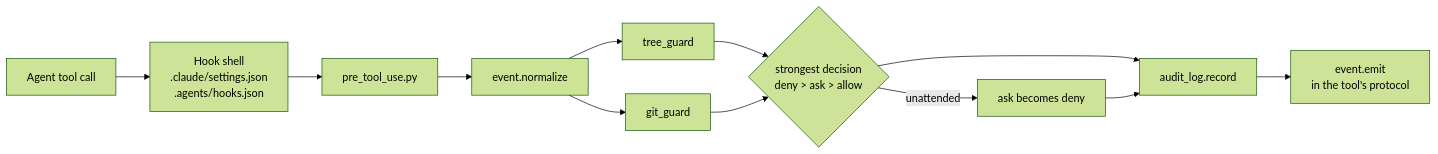
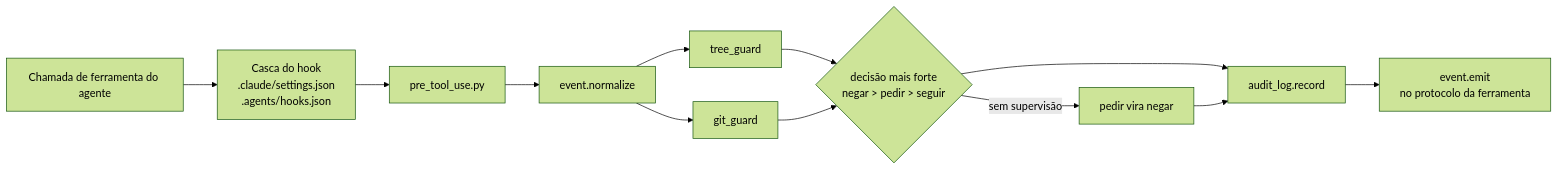
One commit to ddmdros/agent-harness changed the diagram in README.md. Above: the diagram before and after it, drawn with Mermaid (forest theme). The commit also changed other lines of this file and 6 other files, not shown here.

````diff
--- a/README.md
+++ b/README.md
@@ -42,14 +44,14 @@
 ```mermaid
 flowchart LR
-    A[Agent tool call] --> B[Hook shell<br/>.claude/settings.json<br/>.agents/hooks.json]
+    A[Chamada de ferramenta do agente] --> B[Casca do hook<br/>.claude/settings.json<br/>.agents/hooks.json]
     B --> C[pre_tool_use.py]
     C --> D[event.normalize]
     D --> E[tree_guard]
     D --> F[git_guard]
-    E --> G{strongest decision<br/>deny > ask > allow}
+    E --> G{decisão mais forte<br/>negar > pedir > seguir}
     F --> G
-    G -->|unattended| H[ask becomes deny]
+    G -->|sem supervisão| H[pedir vira negar]
     G --> I[audit_log.record]
     H --> I
-    I --> J[event.emit<br/>in the tool's protocol]
+    I --> J[event.emit<br/>no protocolo da ferramenta]
 ```
````
